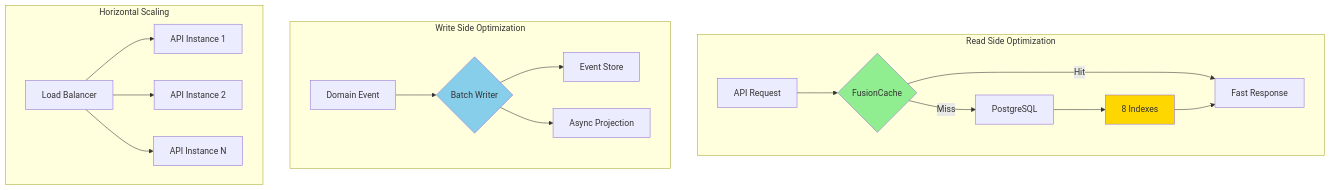
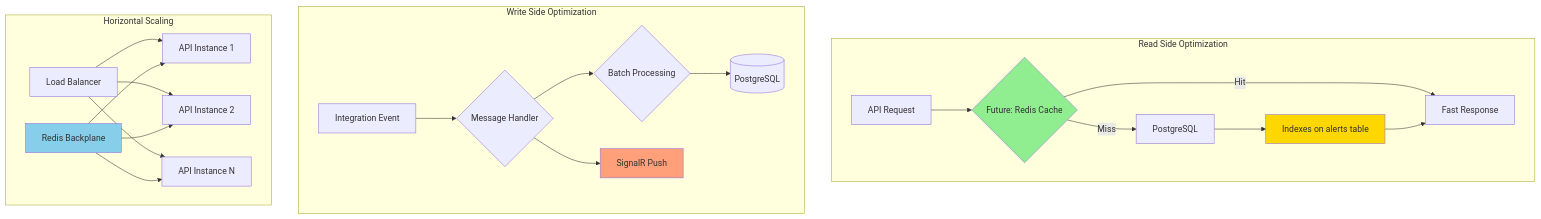
Before and after one commit to rdpresser/tc-agro-analytics-worker: the tenth of 12 diagrams in docs/C4_ARCHITECTURE_DIAGRAMS.md, drawn with Mermaid. The commit also changed other lines of this file and 7 other files, not shown here.

````diff
--- a/docs/C4_ARCHITECTURE_DIAGRAMS.md
+++ b/docs/C4_ARCHITECTURE_DIAGRAMS.md
@@ -549,26 +664,31 @@
 ```mermaid
 graph TB
     subgraph "Read Side Optimization"
-        API[API Request] --> Cache{FusionCache}
+        API[API Request] --> Cache{Future: Redis Cache}
         Cache -->|Hit| Response[Fast Response]
         Cache -->|Miss| DB[PostgreSQL]
-        DB --> Index[8 Indexes]
+        DB --> Index[Indexes on alerts table]
         Index --> Response
     end
-    
+
     subgraph "Write Side Optimization"
-        Event[Domain Event] --> Batch{Batch Writer}
-        Batch --> EventStore[Event Store]
-        Batch --> Projection[Async Projection]
+        Event[Integration Event] --> Handler{Message Handler}
+        Handler --> Batch{Batch Processing}
+        Batch --> DB2[(PostgreSQL)]
+        Handler --> SignalR[SignalR Push]
     end
-    
+
     subgraph "Horizontal Scaling"
         LB[Load Balancer] --> API1[API Instance 1]
         LB --> API2[API Instance 2]
         LB --> API3[API Instance N]
+        Redis[Redis Backplane] --> API1
+        Redis --> API2
+        Redis --> API3
     end
-    
+
     style Cache fill:#90EE90
     style Index fill:#FFD700
-    style Batch fill:#87CEEB
+    style SignalR fill:#FFA07A
+    style Redis fill:#87CEEB
 ```
````
